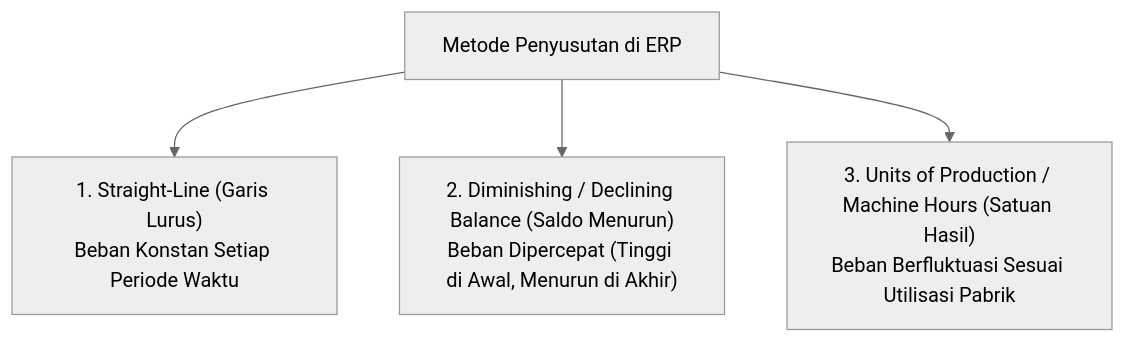
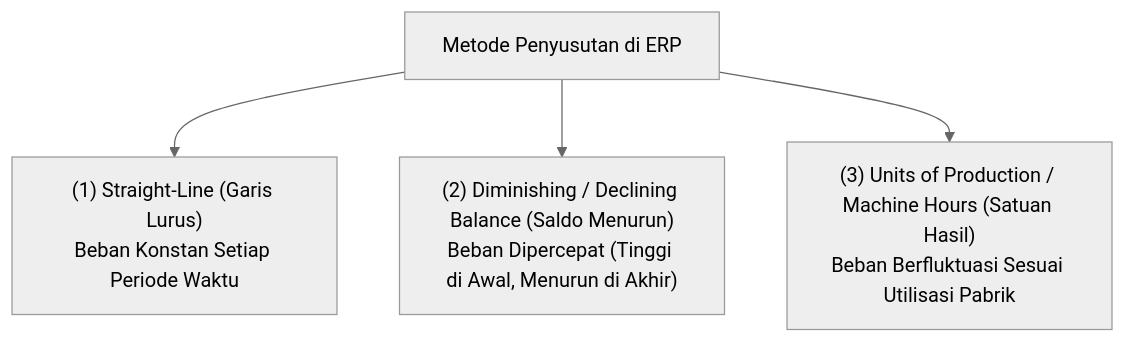
Before and after one commit to alimurrofid/erp-notes: the second of 2 diagrams in content/08-assets/depreciation-management.md, drawn with Mermaid (neutral theme). The commit also changed other lines of this file and 132 other files, not shown here.

````diff
--- a/content/08-assets/depreciation-management.md
+++ b/content/08-assets/depreciation-management.md
@@ -49,10 +49,10 @@
 ```mermaid
 graph TD
     Methods["Metode Penyusutan di ERP"]
-    SL["1. Straight-Line (Garis Lurus)<br/>Beban Konstan Setiap Periode Waktu"]
-    DB["2. Diminishing / Declining Balance (Saldo Menurun)<br/>Beban Dipercepat (Tinggi di Awal, Menurun di Akhir)"]
-    UOP["3. Units of Production / Machine Hours (Satuan Hasil)<br/>Beban Berfluktuasi Sesuai Utilisasi Pabrik"]
+    SL["(1) Straight-Line (Garis Lurus)<br/>Beban Konstan Setiap Periode Waktu"]
+    DB["(2) Diminishing / Declining Balance (Saldo Menurun)<br/>Beban Dipercepat (Tinggi di Awal, Menurun di Akhir)"]
+    UOP["(3) Units of Production / Machine Hours (Satuan Hasil)<br/>Beban Berfluktuasi Sesuai Utilisasi Pabrik"]
     Methods --> SL
     Methods --> DB
     Methods --> UOP
 ```
````
